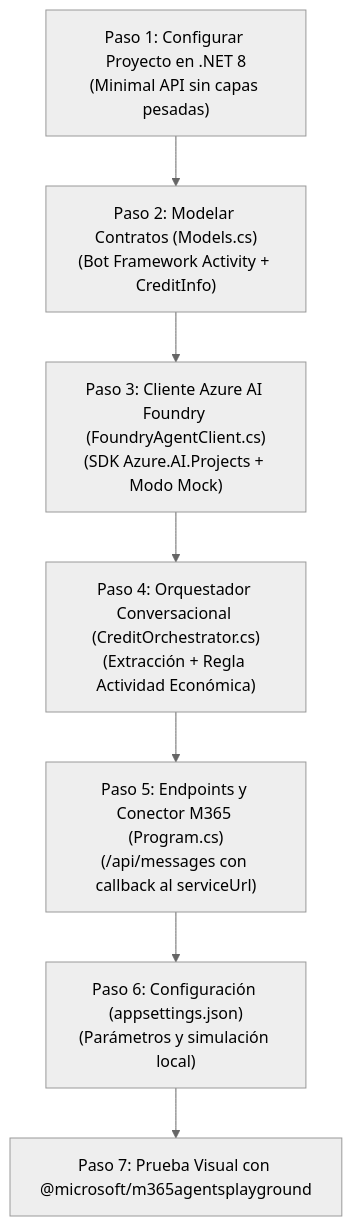
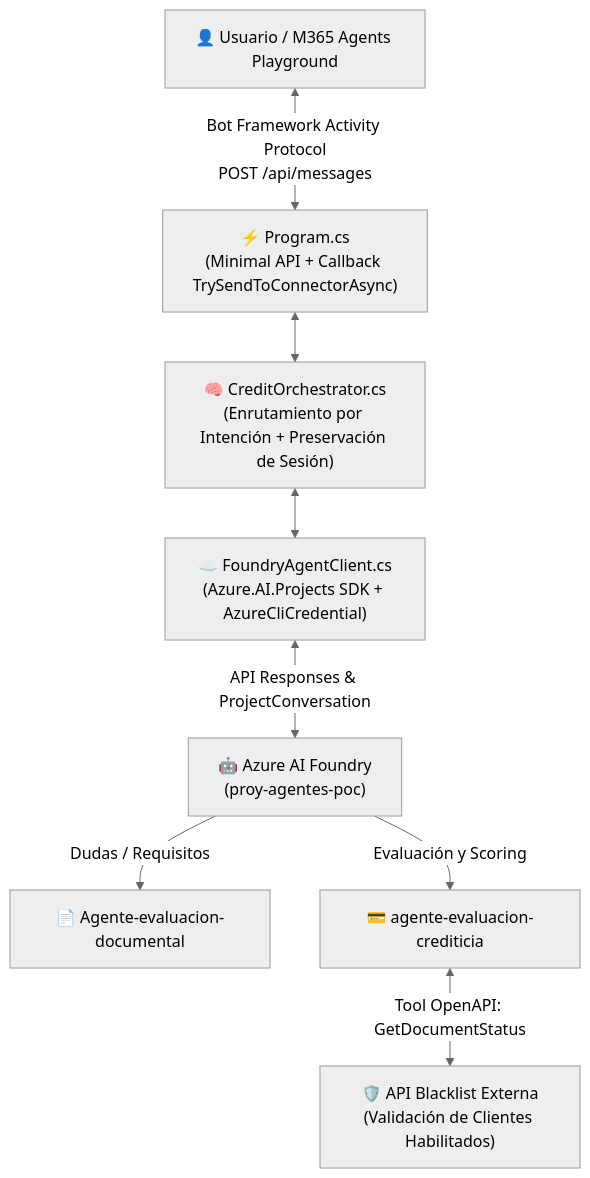
One commit to Edinsondamian/AGNT-webapp-orchestrator changed the diagram in README.md. Above: the diagram before and after it, drawn with Mermaid (neutral theme). The commit also changed other lines of this file, not shown here.

Commit message:
docs: actualizar README con arquitectura real de Foundry, agentes y casos de prueba

````diff
--- a/README.md
+++ b/README.md
@@ -42,9 +41,10 @@
 ```mermaid
 flowchart TD
-    A["Paso 1: Configurar Proyecto en .NET 8<br/>(Minimal API sin capas pesadas)"] --> B["Paso 2: Modelar Contratos (Models.cs)<br/>(Bot Framework Activity + CreditInfo)"]
-    B --> C["Paso 3: Cliente Azure AI Foundry (FoundryAgentClient.cs)<br/>(SDK Azure.AI.Projects + Modo Mock)"]
-    C --> D["Paso 4: Orquestador Conversacional (CreditOrchestrator.cs)<br/>(Extracción + Regla Actividad Económica)"]
-    D --> E["Paso 5: Endpoints y Conector M365 (Program.cs)<br/>(/api/messages con callback al serviceUrl)"]
-    E --> F["Paso 6: Configuración (appsettings.json)<br/>(Parámetros y simulación local)"]
-    F --> G["Paso 7: Prueba Visual con @microsoft/m365agentsplayground"]
+    A["👤 Usuario / M365 Agents Playground"] <-->|"Bot Framework Activity Protocol<br/>POST /api/messages"| B["⚡ Program.cs<br/>(Minimal API + Callback TrySendToConnectorAsync)"]
+    B <--> C["🧠 CreditOrchestrator.cs<br/>(Enrutamiento por Intención + Preservación de Sesión)"]
+    C <--> D["☁️ FoundryAgentClient.cs<br/>(Azure.AI.Projects SDK + AzureCliCredential)"]
+    D <-->|"API Responses & ProjectConversation"| E["🤖 Azure AI Foundry<br/>(proy-agentes-poc)"]
+    E -->|"Dudas / Requisitos"| F["📄 Agente-evaluacion-documental"]
+    E -->|"Evaluación y Scoring"| G["💳 agente-evaluacion-crediticia"]
+    G <-->|"Tool OpenAPI: GetDocumentStatus"| H["🛡️ API Blacklist Externa<br/>(Validación de Clientes Habilitados)"]
 ```
````
